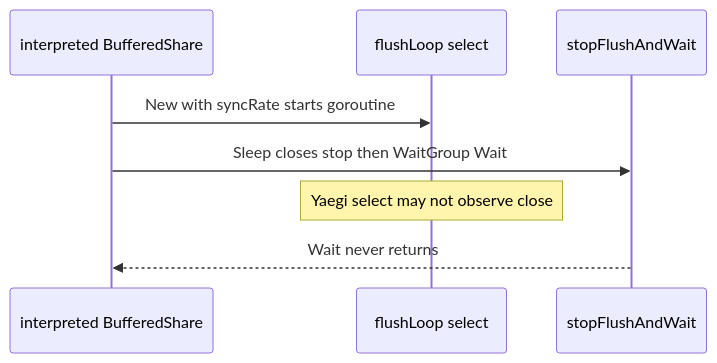
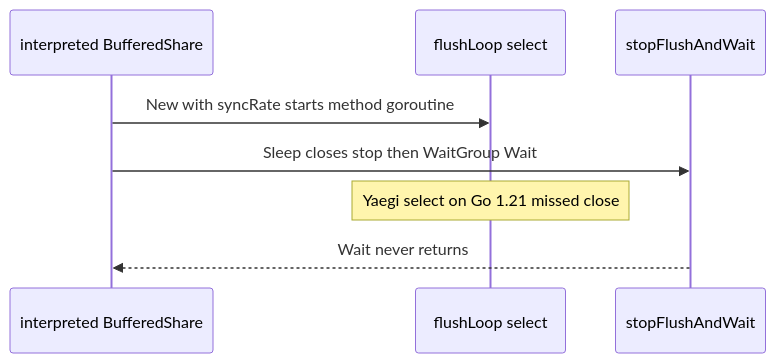
The diagram in devstate/2026/09/2026-09-13-windowcounter-bug-yaegi-flush-hang/card.md (david-garcia-garcia/traefik-middleware-utilities), drawn with Mermaid before and after one commit. The commit also changed other lines of this file and 2 other files, not shown here.

````diff
--- a/devstate/2026/09/2026-09-13-windowcounter-bug-yaegi-flush-hang/card.md
+++ b/devstate/2026/09/2026-09-13-windowcounter-bug-yaegi-flush-hang/card.md
@@ -17,10 +15,10 @@
 ```mermaid
 sequenceDiagram
   participant Test as interpreted BufferedShare
   participant Flush as flushLoop select
   participant Sleep as stopFlushAndWait
-  Test->>Flush: New with syncRate starts goroutine
+  Test->>Flush: New with syncRate starts method goroutine
   Test->>Sleep: Sleep closes stop then WaitGroup Wait
-  Note over Flush: Yaegi select may not observe close
+  Note over Flush: Yaegi select on Go 1.21 missed close
   Sleep-->>Test: Wait never returns
 ```
````
